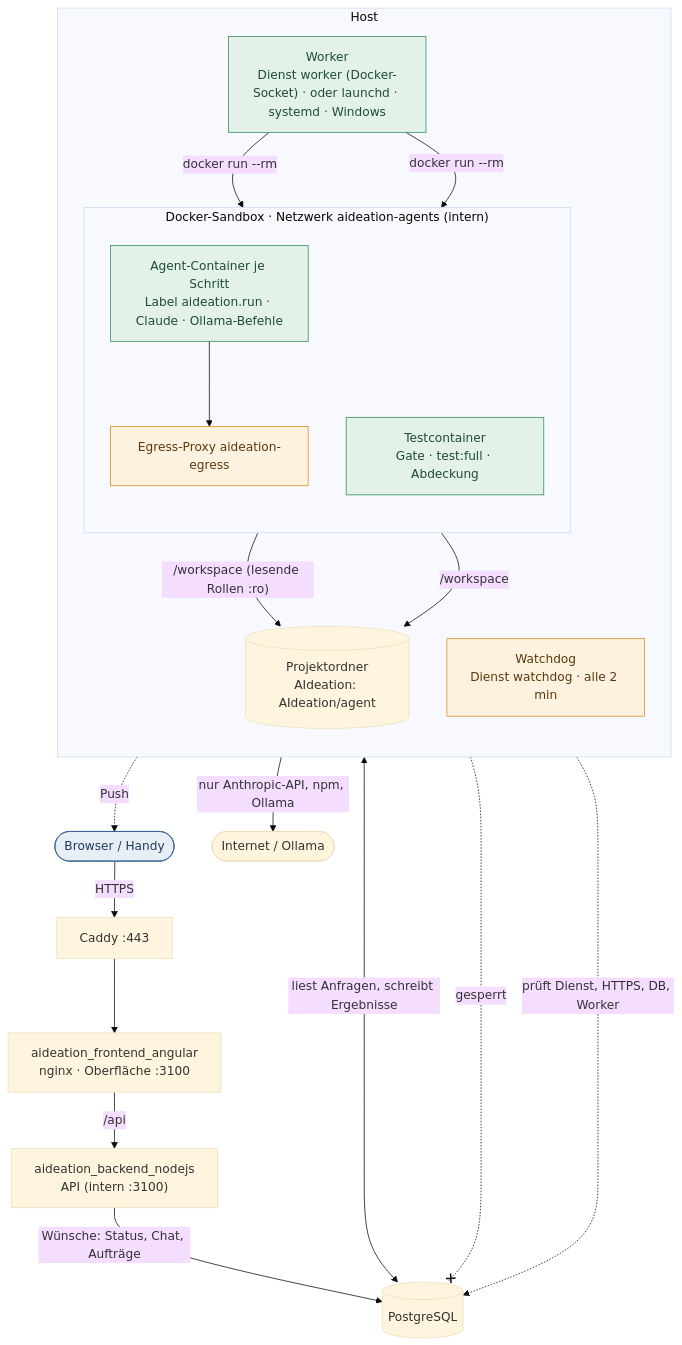
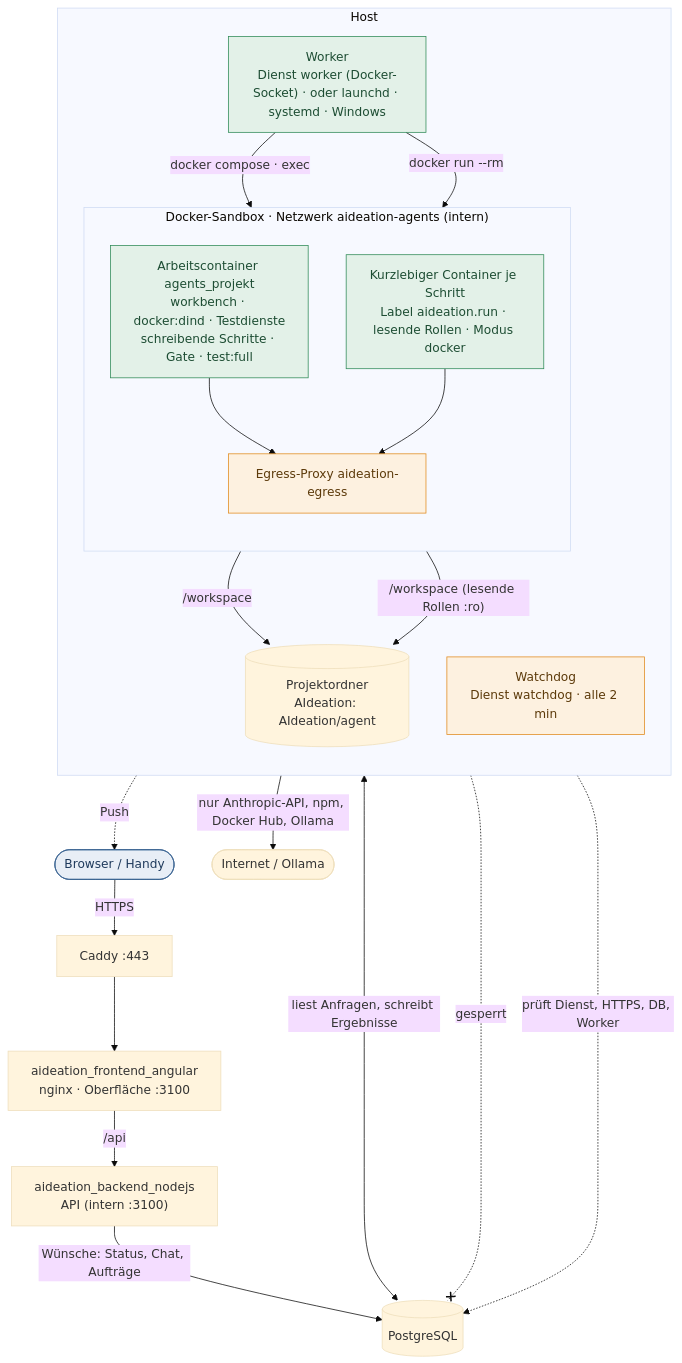
One commit to zaaaazzy/AutoDEV changed the first of 9 diagrams in docs/laufzeit.md. Above: the diagram before and after it, drawn with Mermaid (base theme). The commit also changed other lines of this file and 62 other files, not shown here.

````diff
--- a/docs/laufzeit.md
+++ b/docs/laufzeit.md
@@ -9,33 +9,34 @@
 ```mermaid
 flowchart TB
   U(["Browser / Handy"]):::person -->|HTTPS| C["Caddy :443"]
   C --> FE["aideation_frontend_angular<br/>nginx · Oberfläche :3100"]
   FE -->|"/api"| API["aideation_backend_nodejs<br/>API (intern :3100)"]
   subgraph HOST["Host"]
     direction TB
     W["Worker<br/>Dienst worker (Docker-Socket) · oder launchd · systemd · Windows"]:::ok
     WD["Watchdog<br/>Dienst watchdog · alle 2 min"]:::wait
     P[("Projektordner<br/>AIdeation: AIdeation/agent")]
     subgraph SANDBOX["Docker-Sandbox · Netzwerk aideation-agents (intern)"]
       direction TB
-      AG["Agent-Container je Schritt<br/>Label aideation.run · Claude · Ollama-Befehle"]:::ok
-      TC["Testcontainer<br/>Gate · test:full · Abdeckung"]:::ok
+      WB["Arbeitscontainer agents_projekt<br/>workbench · docker:dind · Testdienste<br/>schreibende Schritte · Gate · test:full"]:::ok
+      AG["Kurzlebiger Container je Schritt<br/>Label aideation.run · lesende Rollen · Modus docker"]:::ok
       EG["Egress-Proxy aideation-egress"]:::wait
     end
   end
   API -->|"Wünsche: Status, Chat, Aufträge"| DB[("PostgreSQL")]
   W <-->|"liest Anfragen, schreibt Ergebnisse"| DB
+  W -->|"docker compose · exec"| WB
   W -->|"docker run --rm"| AG
-  W -->|"docker run --rm"| TC
+  WB -->|/workspace| P
   AG -->|"/workspace (lesende Rollen :ro)"| P
-  TC -->|/workspace| P
+  WB --> EG
   AG --> EG
-  EG -->|"nur Anthropic-API, npm, Ollama"| NET(["Internet / Ollama"])
+  EG -->|"nur Anthropic-API, npm, Docker Hub, Ollama"| NET(["Internet / Ollama"])
   AG -.-x|gesperrt| DB
   WD -.->|"prüft Dienst, HTTPS, DB, Worker"| DB
   WD -.->|Push| U
   classDef ok fill:#e3f1e8,stroke:#2f8a57,color:#1d4d33
   classDef bad fill:#fbe9e4,stroke:#b4472f,color:#6b2717
   classDef wait fill:#fdf1e0,stroke:#e08a1e,color:#5c3a0a
   classDef person fill:#e8eef6,stroke:#36608f,color:#1f3a5c
 ```
````
